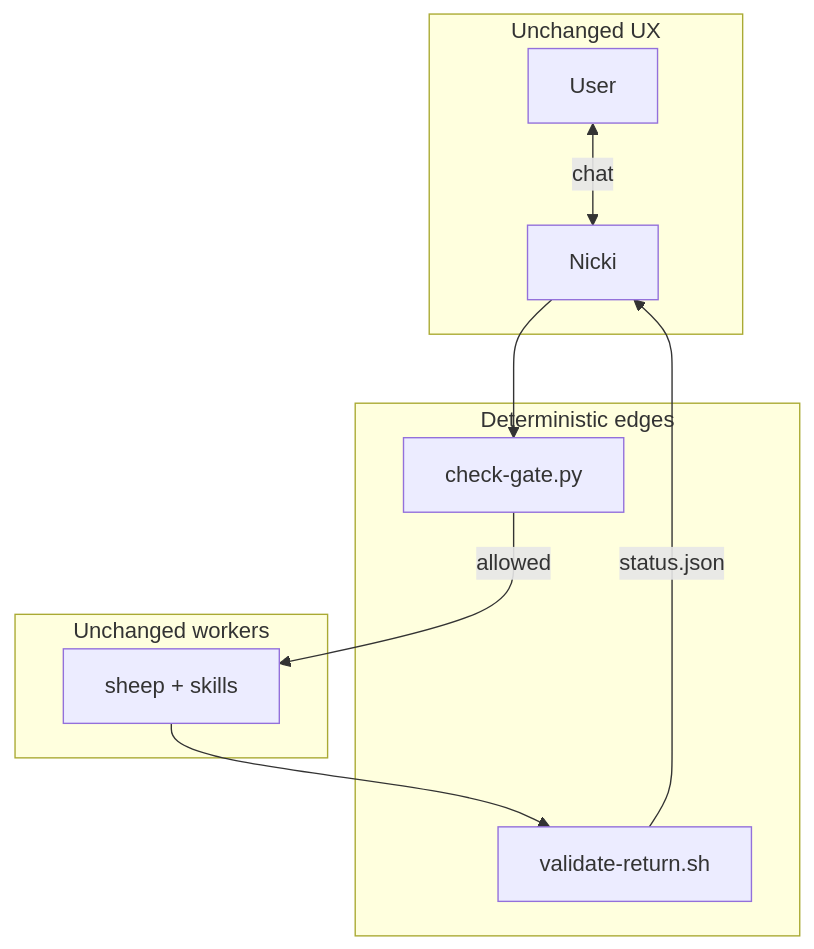
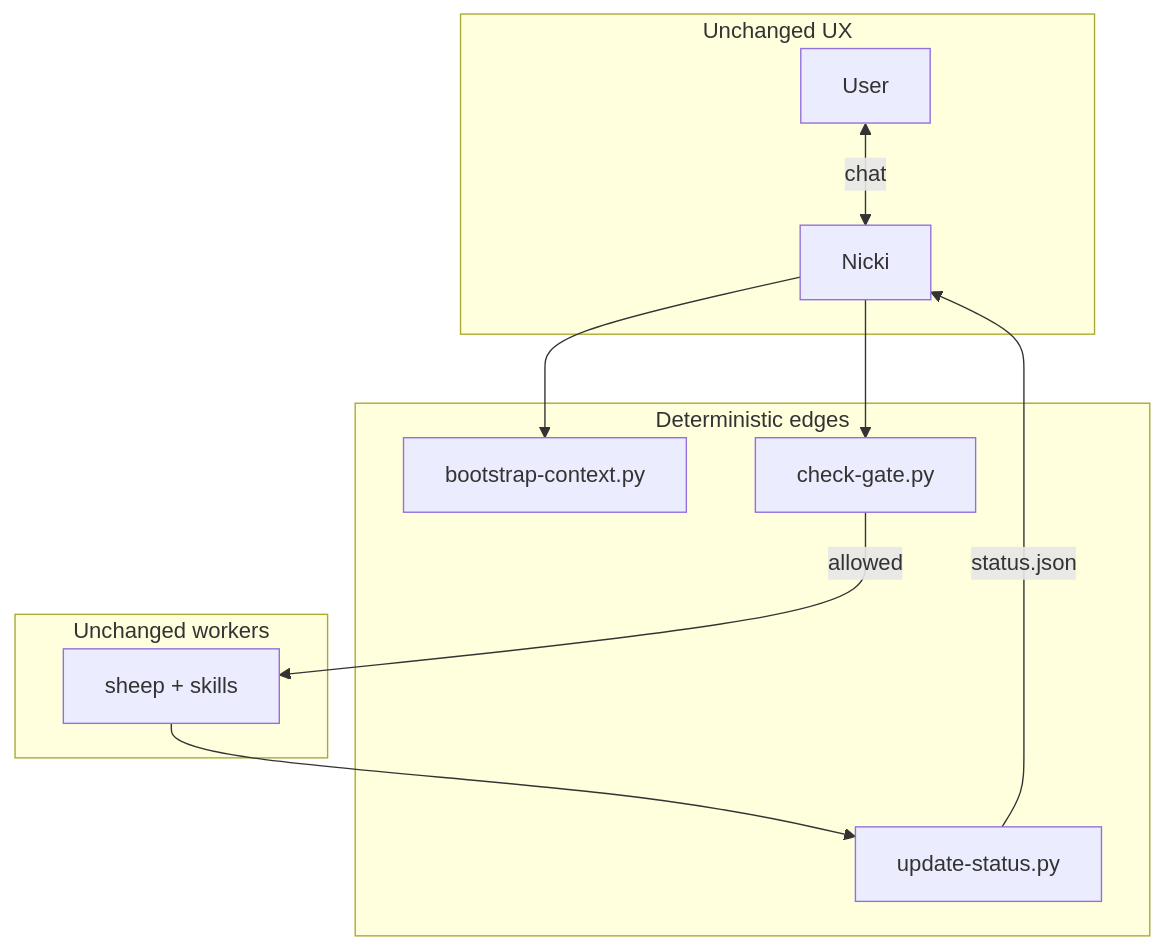
Before and after one commit to MiltonCastilloG/nicki: the second of 2 diagrams in docs/investigation.md, drawn with Mermaid. The commit also changed other lines of this file and 21 other files, not shown here.

````diff
--- a/docs/investigation.md
+++ b/docs/investigation.md
@@ -155,14 +157,16 @@
 ```mermaid
 flowchart TB
   subgraph ux["Unchanged UX"]
     U[User] <-->|chat| N[Nicki]
   end
   subgraph code_edges["Deterministic edges"]
+    B[bootstrap-context.py]
     G[check-gate.py]
-    V[validate-return.sh]
+    W[update-status.py]
   end
   subgraph workers["Unchanged workers"]
     SH[sheep + skills]
   end
-  N --> G -->|allowed| SH --> V -->|status.json| N
+  N --> B
+  N --> G -->|allowed| SH --> W -->|status.json| N
 ```
````
